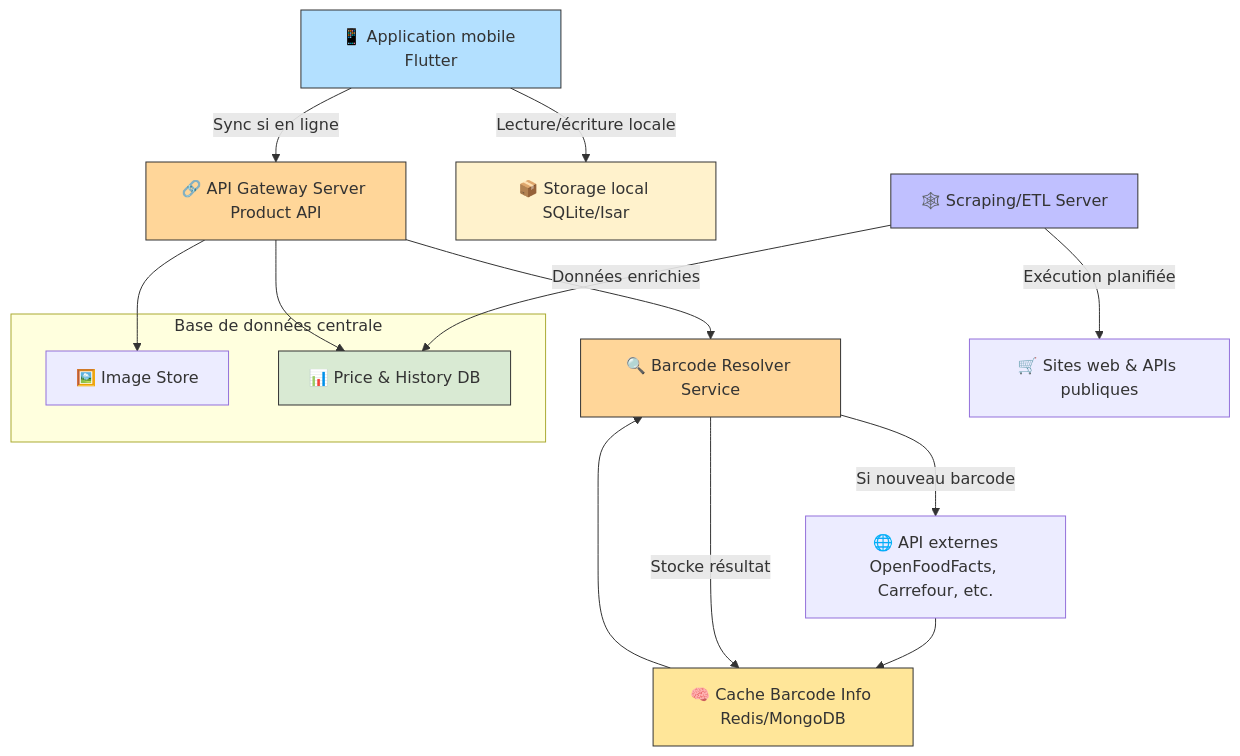
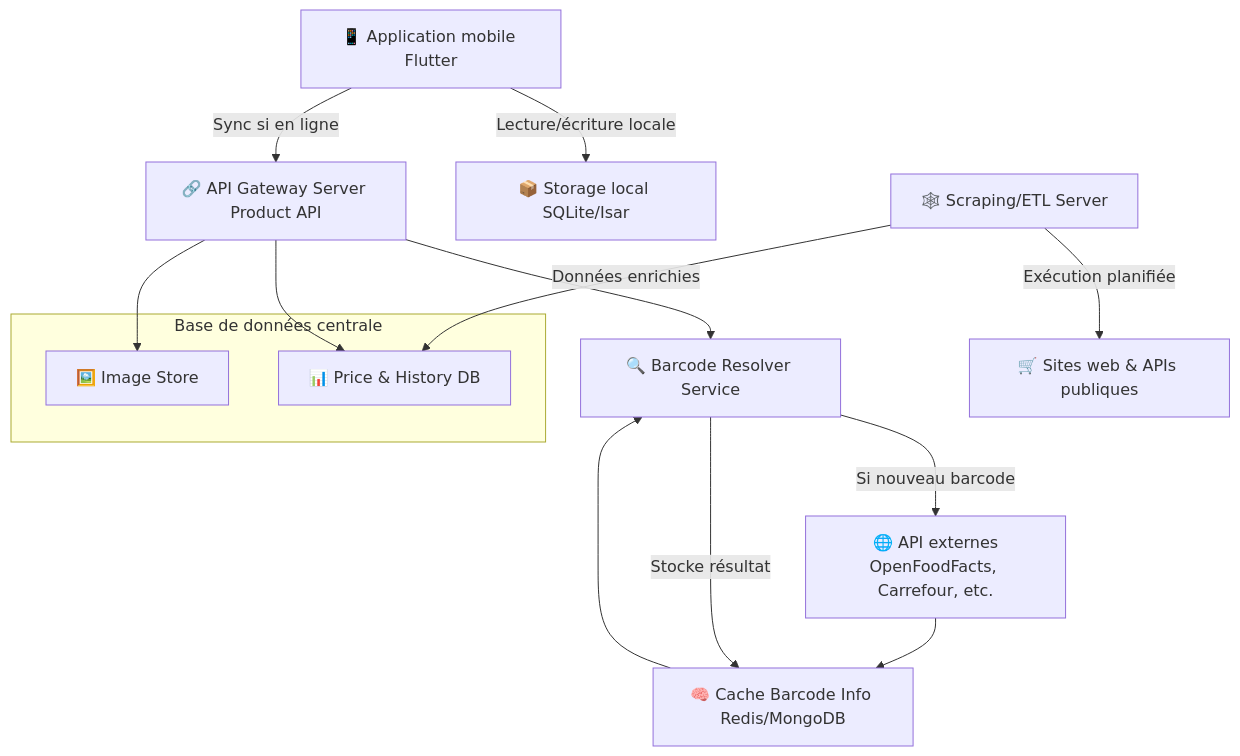
Before and after one commit to Laclaverie/app-comparer: the diagram in doc/architecture/architecture-client-server.md, drawn with Mermaid.

Commit message:
remove color from mermaid

````diff
--- a/doc/architecture/architecture-client-server.md
+++ b/doc/architecture/architecture-client-server.md
@@ -1,32 +1,24 @@
 ```mermaid
 
 graph TD
     A[📱 Application mobile Flutter] -->|Lecture/écriture locale| L[📦 Storage local SQLite/Isar]
     A -->|Sync si en ligne| B[🔗 API Gateway Server Product API]
     
     B --> C1[🔍 Barcode Resolver Service]
     B --> C2[📊 Price & History DB]
     B --> C3[🖼️ Image Store]
 
     C1 -->|Si nouveau barcode| E1[🌐 API externes<br>OpenFoodFacts, Carrefour, etc.]
     C1 -->|Stocke résultat| D1[🧠 Cache Barcode Info Redis/MongoDB]
 
     E1 --> D1
     D1 --> C1
 
     F[🕸️ Scraping/ETL Server] -->|Exécution planifiée| E2[🛒 Sites web & APIs publiques]
     F -->|Données enrichies| C2
 
     subgraph Base de données centrale
         C2
         C3
     end
-
-    style A fill:#b3e0ff,stroke:#333,stroke-width:1px
-    style B fill:#ffd699,stroke:#333,stroke-width:1px
-    style F fill:#c0c0ff,stroke:#333,stroke-width:1px
-    style C1 fill:#ffd699,stroke:#333,stroke-width:1px
-    style D1 fill:#ffe699,stroke:#333,stroke-width:1px
-    style C2 fill:#d9ead3,stroke:#333,stroke-width:1px
-    style L fill:#fff2cc,stroke:#333,stroke-width:1px
 ```
````
